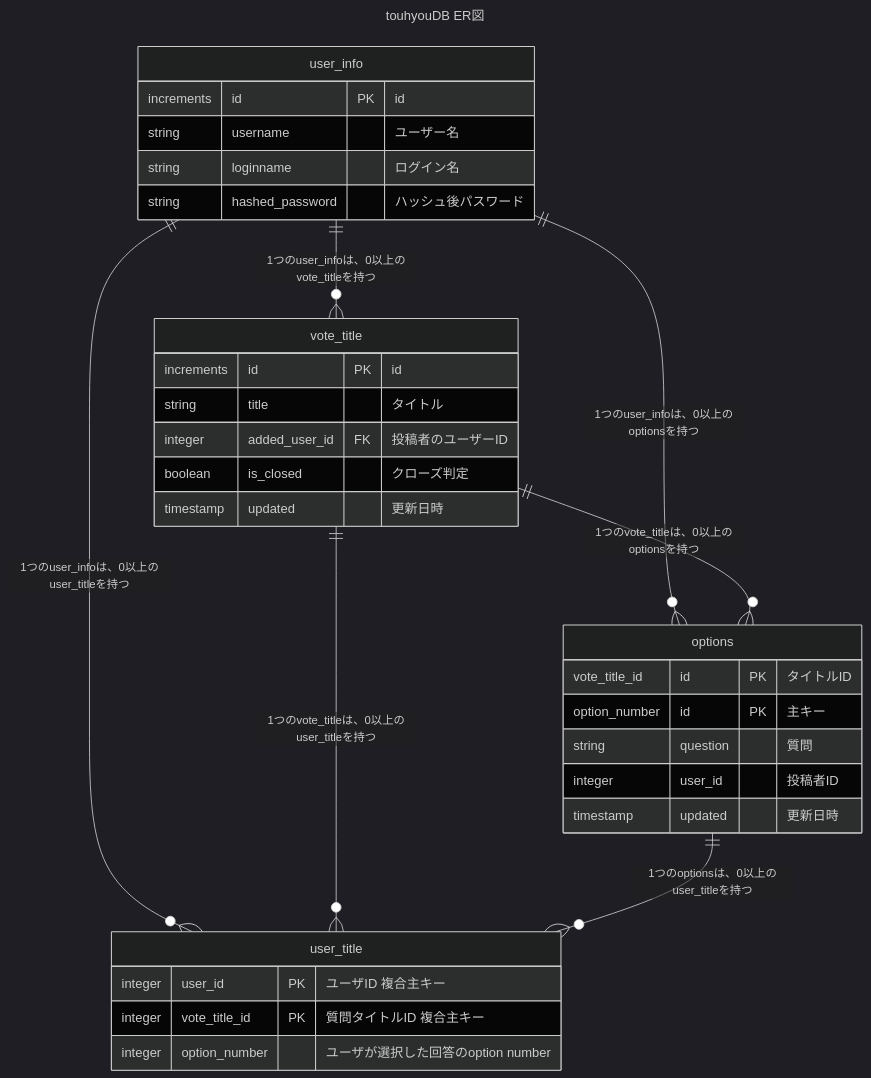
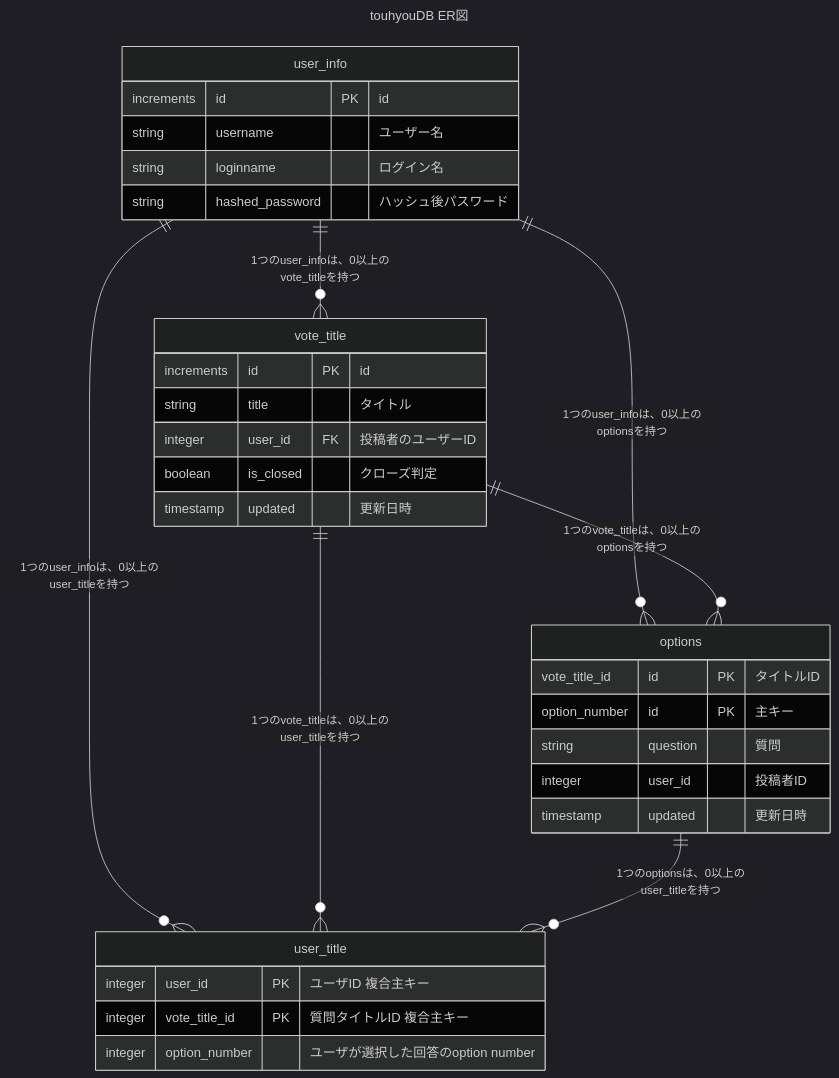
The diagram in README.md (Ar3cibo/touhyou), drawn with Mermaid (dark theme) before and after one commit. The commit also changed 1 other file, not shown here.

Commit message:
readme fixed

````diff
--- a/README.md
+++ b/README.md
@@ -4,43 +4,43 @@
 ```mermaid
 ---
 title: "touhyouDB ER図"
 ---
 erDiagram
 
 user_info {
 increments id PK "id"
 string username "ユーザー名"
 string loginname "ログイン名"
 string hashed_password "ハッシュ後パスワード"
 }
 
 vote_title {
 increments id PK "id"
 string title "タイトル"
-integer added_user_id FK "投稿者のユーザーID"
+integer user_id FK "投稿者のユーザーID"
 boolean is_closed "クローズ判定"
 timestamp updated "更新日時"
 }
 
 options {
 vote_title_id id PK "タイトルID"
 option_number id PK "主キー"
 string question "質問"
 integer user_id "投稿者ID"
 timestamp updated "更新日時"
 }
 
 user_title {
 integer user_id PK "ユーザID 複合主キー"
 integer vote_title_id PK "質問タイトルID 複合主キー"
 integer option_number "ユーザが選択した回答のoption number"
 }
 
 
 user_info ||--o{ user_title : "1つのuser_infoは、0以上のuser_titleを持つ"
 user_info ||--o{ vote_title : "1つのuser_infoは、0以上のvote_titleを持つ"
 user_info ||--o{ options : "1つのuser_infoは、0以上のoptionsを持つ"
 vote_title ||--o{ options : "1つのvote_titleは、0以上のoptionsを持つ"
 vote_title ||--o{ user_title : "1つのvote_titleは、0以上のuser_titleを持つ"
 options ||--o{ user_title : "1つのoptionsは、0以上のuser_titleを持つ"
 ```
````
